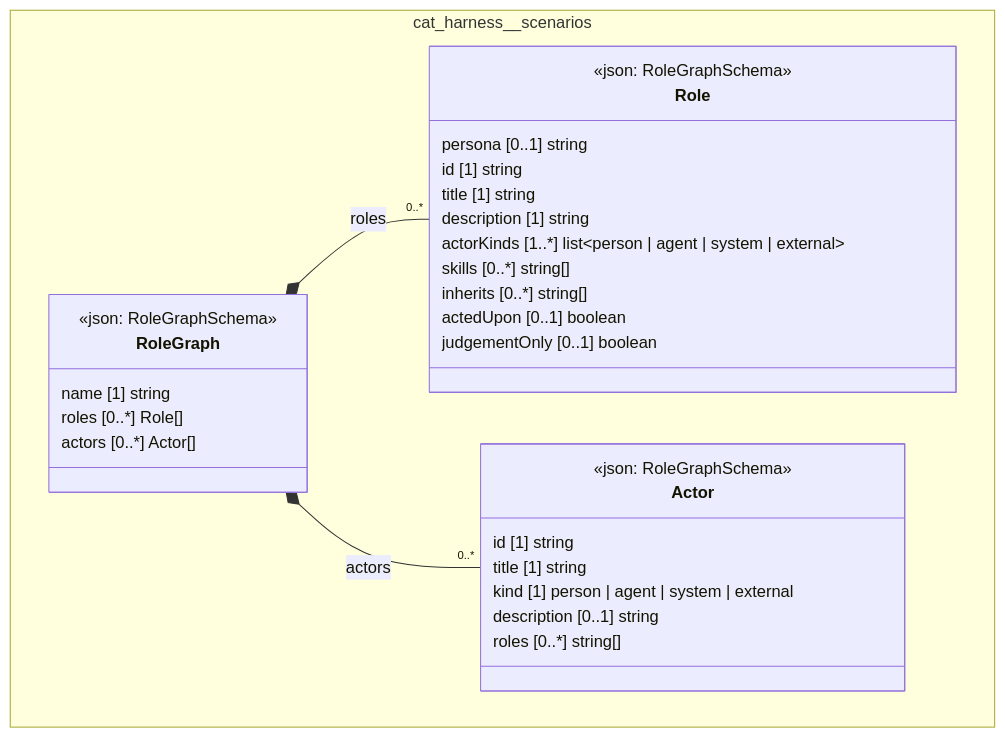
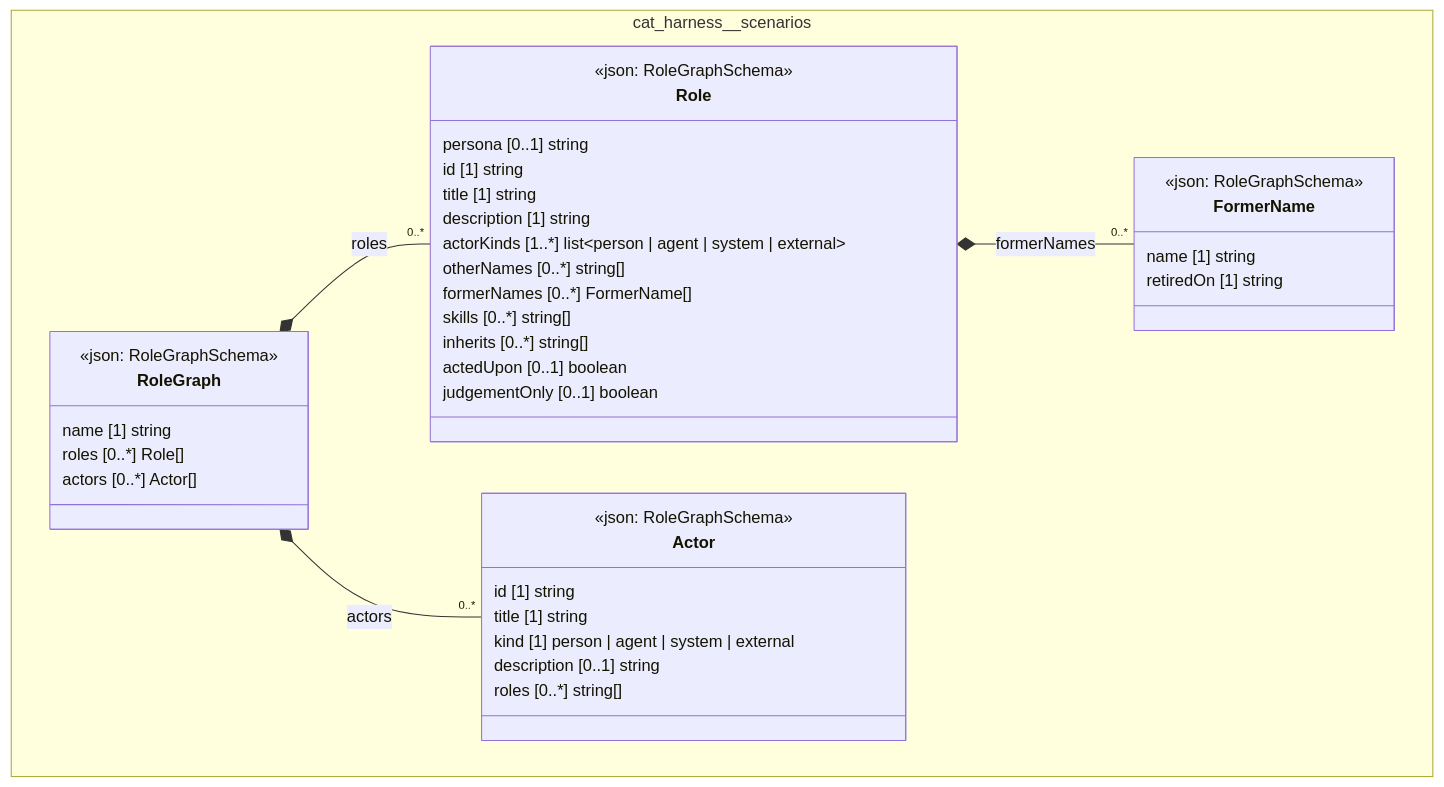
Before and after one commit to litlfred/folio-assistant: the diagram in cat-harness/uml/overview/cat-harness/scenarios.mmd, drawn with Mermaid. The commit also changed 45 other files, not shown here.

First line of the commit message:
Roles carry their other and former names; bootstrap README shows them (owner, 2026-09-30)

```diff
--- a/cat-harness/uml/overview/cat-harness/scenarios.mmd
+++ b/cat-harness/uml/overview/cat-harness/scenarios.mmd
@@ -1,35 +1,44 @@
 classDiagram
   direction TB
   namespace cat_harness__scenarios {
+    class cat_harness_scenarios_FormerName["FormerName"] {
+      <<json: RoleGraphSchema>>
+      name [1] string
+      retiredOn [1] string
+    }
     class cat_harness_scenarios_Role["Role"] {
       <<json: RoleGraphSchema>>
       persona [0..1] string
       id [1] string
       title [1] string
       description [1] string
       actorKinds [1..*] list~person | agent | system | external~
+      otherNames [0..*] string[]
+      formerNames [0..*] FormerName[]
       skills [0..*] string[]
       inherits [0..*] string[]
       actedUpon [0..1] boolean
       judgementOnly [0..1] boolean
     }
     class cat_harness_scenarios_Actor["Actor"] {
       <<json: RoleGraphSchema>>
       id [1] string
       title [1] string
       kind [1] person | agent | system | external
       description [0..1] string
       roles [0..*] string[]
     }
     class cat_harness_scenarios_RoleGraph["RoleGraph"] {
       <<json: RoleGraphSchema>>
       name [1] string
       roles [0..*] Role[]
       actors [0..*] Actor[]
     }
   }
+  cat_harness_scenarios_Role *-- "0..*" cat_harness_scenarios_FormerName : formerNames
   cat_harness_scenarios_RoleGraph *-- "0..*" cat_harness_scenarios_Role : roles
   cat_harness_scenarios_RoleGraph *-- "0..*" cat_harness_scenarios_Actor : actors
+  cssClass "cat_harness_scenarios_FormerName" fa_uml_kind_scenarios
   cssClass "cat_harness_scenarios_Role" fa_uml_kind_scenarios
   cssClass "cat_harness_scenarios_Actor" fa_uml_kind_scenarios
   cssClass "cat_harness_scenarios_RoleGraph" fa_uml_kind_scenarios
```
